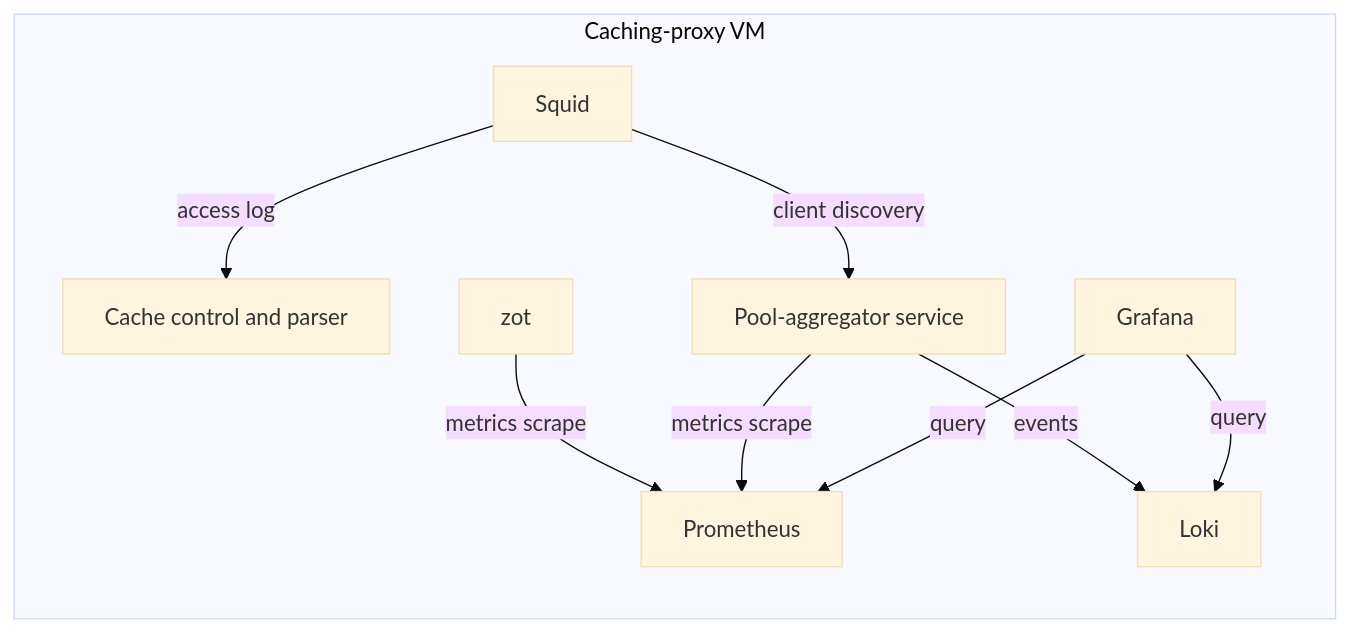
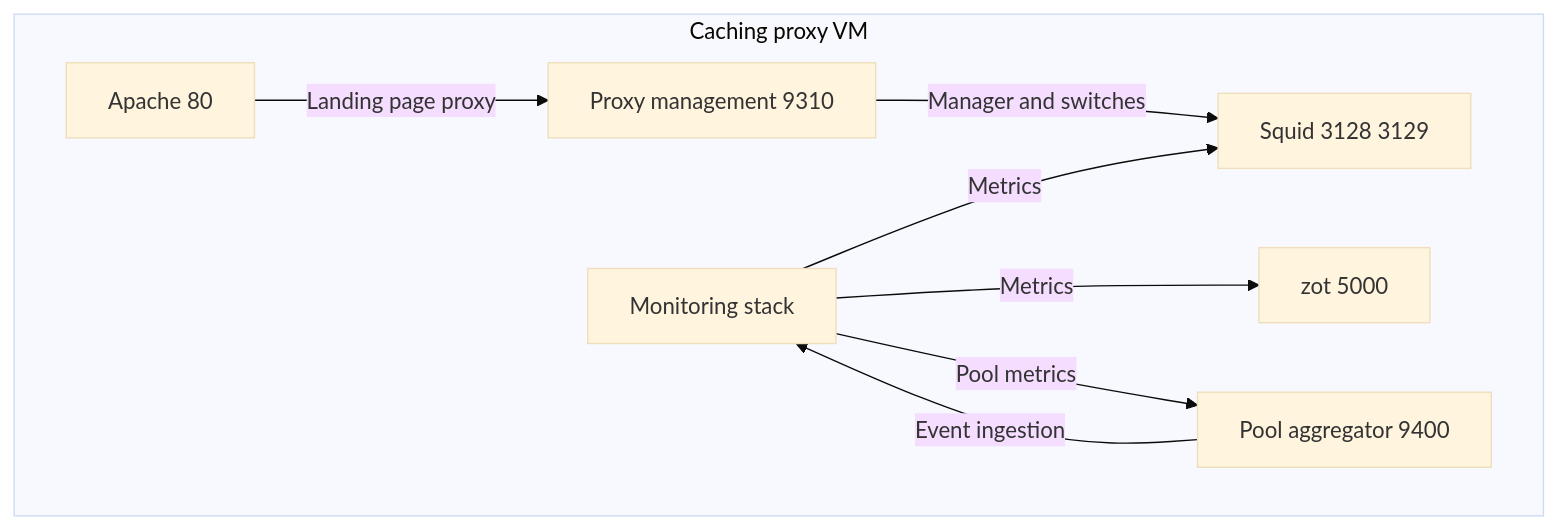
The third of 5 diagrams in docs/design/06-deployment.md (alissonsol/yuruna), drawn with Mermaid (base theme) before and after one commit. The commit also changed other lines of this file and 763 other files, not shown here.

````diff
--- a/docs/design/06-deployment.md
+++ b/docs/design/06-deployment.md
@@ -141,19 +69,17 @@
 ```mermaid
-flowchart LR
-    subgraph caching-proxy-service-vm["Caching-proxy VM"]
-        squid["Squid"]
-        zot["zot"]
-        caching-proxy-service["Cache control and parser"]
-        pool-aggregator-service["Pool-aggregator service"]
-        prometheus["Prometheus"]
-        loki["Loki"]
-        grafana["Grafana"]
+flowchart TB
+    subgraph caching-proxy-service-vm["Caching proxy VM"]
+        squid["Squid 3128 3129"]
+        zot["zot 5000"]
+        apache["Apache 80"]
+        caching-proxy-service["Proxy management 9310"]
+        pool-aggregator-service["Pool aggregator 9400"]
+        monitoring["Monitoring stack"]
+        apache -->|Landing page proxy| caching-proxy-service
+        caching-proxy-service -->|Manager and switches| squid
+        monitoring -->|Metrics| squid
+        monitoring -->|Metrics| zot
+        monitoring -->|Pool metrics| pool-aggregator-service
+        pool-aggregator-service -->|Event ingestion| monitoring
     end
-    squid -->|access log| caching-proxy-service
-    squid -->|client discovery| pool-aggregator-service
-    zot -->|metrics scrape| prometheus
-    pool-aggregator-service -->|metrics scrape| prometheus
-    pool-aggregator-service -->|events| loki
-    grafana -->|query| prometheus
-    grafana -->|query| loki
 ```
````
